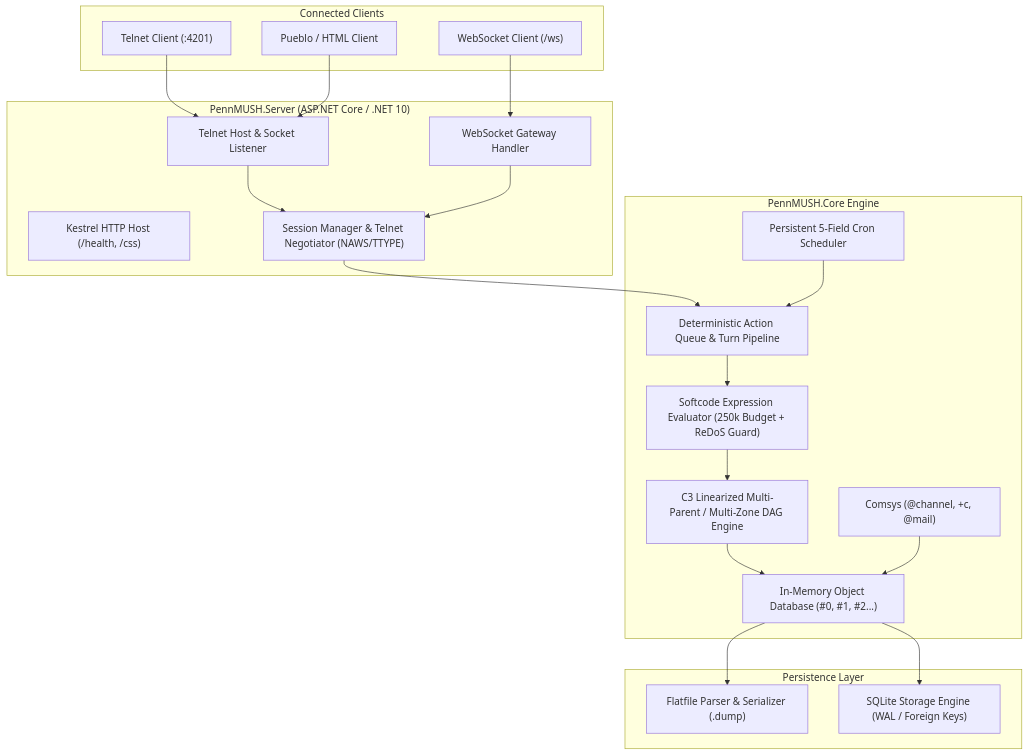
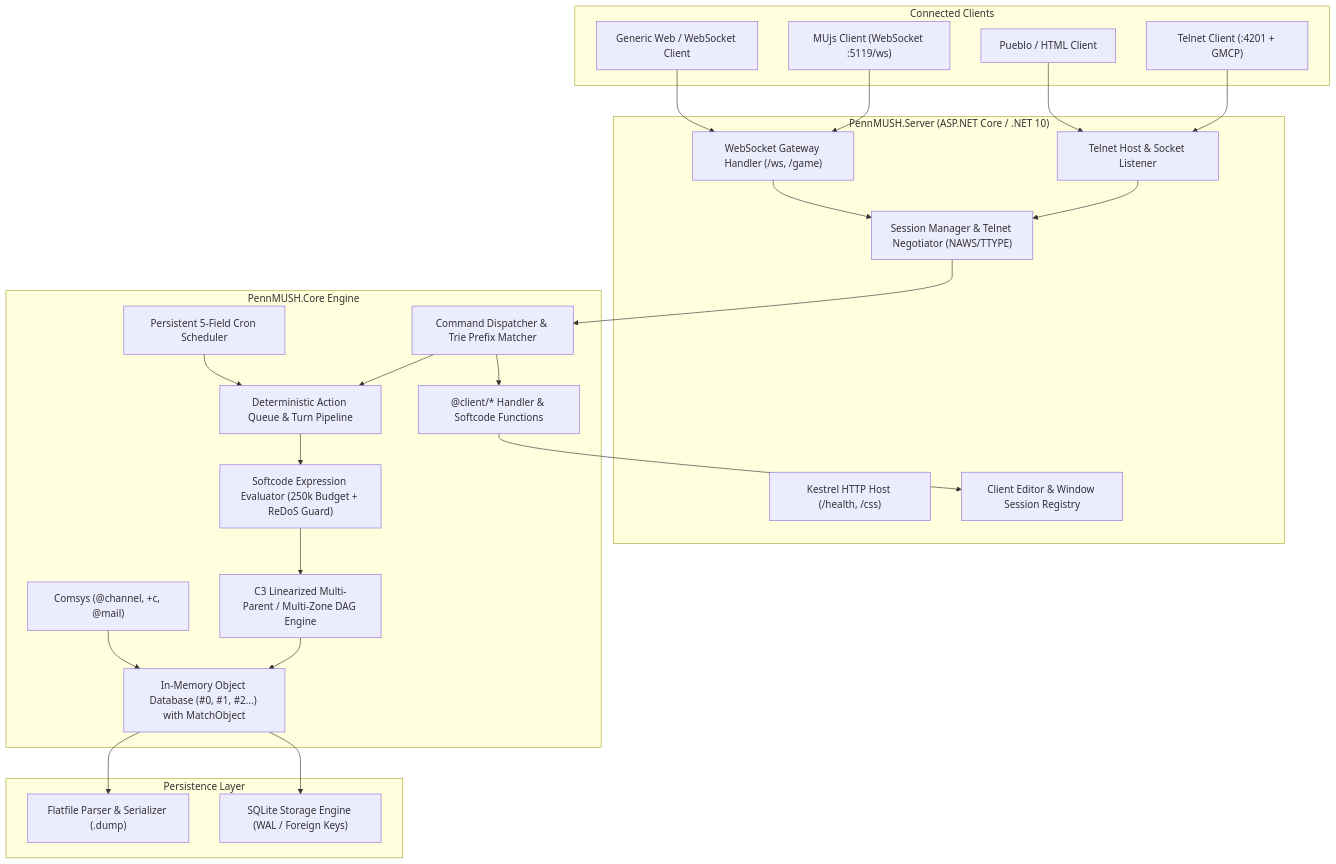
The diagram in README.md (Krenath/pennmush-dotnet), drawn with Mermaid before and after one commit. The commit also changed other lines of this file, not shown here.

Commit message:
Update README with MUjs WebSocket communication protocol specification, command aliasing, and port configuration

````diff
--- a/README.md
+++ b/README.md
@@ -27,43 +28,51 @@
 ```mermaid
 flowchart TD
     subgraph Clients["Connected Clients"]
-        TEL["Telnet Client (:4201)"]
-        WEB["WebSocket Client (/ws)"]
+        TEL["Telnet Client (:4201 + GMCP)"]
+        MUJS["MUjs Client (WebSocket :5119/ws)"]
+        WEB["Generic Web / WebSocket Client"]
         PUB["Pueblo / HTML Client"]
     end
 
     subgraph Server["PennMUSH.Server (ASP.NET Core / .NET 10)"]
         TELNET_HOST["Telnet Host & Socket Listener"]
-        WS_HOST["WebSocket Gateway Handler"]
+        WS_HOST["WebSocket Gateway Handler (/ws, /game)"]
         KESTREL["Kestrel HTTP Host (/health, /css)"]
         SESSION_MGR["Session Manager & Telnet Negotiator (NAWS/TTYPE)"]
+        EDITOR_SESSIONS["Client Editor & Window Session Registry"]
     end
 
     subgraph Core["PennMUSH.Core Engine"]
+        DISPATCHER["Command Dispatcher & Trie Prefix Matcher"]
+        CLIENT_CMDS["@client/* Handler & Softcode Functions"]
         QUEUE["Deterministic Action Queue & Turn Pipeline"]
         EVAL["Softcode Expression Evaluator (250k Budget + ReDoS Guard)"]
         CRON["Persistent 5-Field Cron Scheduler"]
         DAG["C3 Linearized Multi-Parent / Multi-Zone DAG Engine"]
         COMSYS["Comsys (@channel, +c, @mail)"]
-        DB["In-Memory Object Database (#0, #1, #2...)"]
+        DB["In-Memory Object Database (#0, #1, #2...) with MatchObject"]
     end
 
     subgraph Storage["Persistence Layer"]
         FLAT["Flatfile Parser & Serializer (.dump)"]
         SQLITE["SQLite Storage Engine (WAL / Foreign Keys)"]
     end
 
     TEL --> TELNET_HOST
+    MUJS --> WS_HOST
     WEB --> WS_HOST
     PUB --> TELNET_HOST
     TELNET_HOST --> SESSION_MGR
     WS_HOST --> SESSION_MGR
-    SESSION_MGR --> QUEUE
+    SESSION_MGR --> DISPATCHER
+    DISPATCHER --> CLIENT_CMDS
+    DISPATCHER --> QUEUE
+    CLIENT_CMDS --> EDITOR_SESSIONS
     QUEUE --> EVAL
     CRON --> QUEUE
     EVAL --> DAG
     DAG --> DB
     COMSYS --> DB
     DB --> FLAT
     DB --> SQLITE
 ```
````
